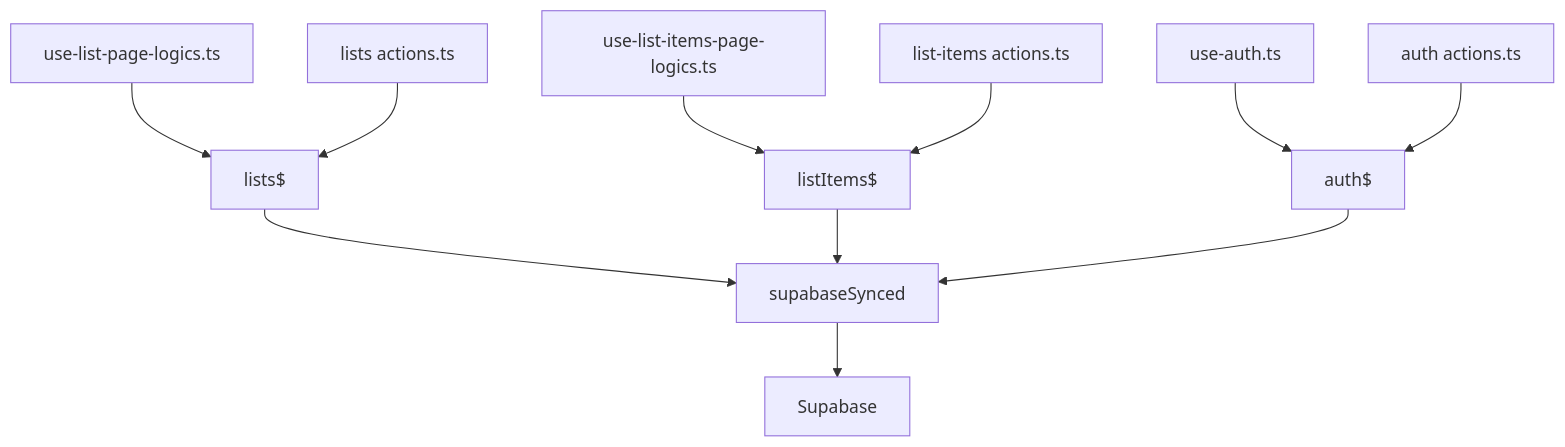
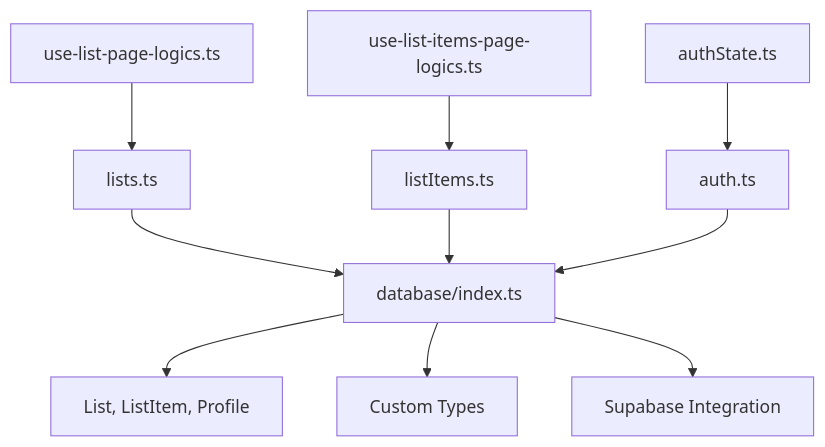
The fifth of 5 diagrams in .qoder/repowiki/en/content/Architecture Overview/State Management Architecture.md (karllasouzza/PowerLists), drawn with Mermaid before and after one commit. The commit also changed other lines of this file and 5 other files, not shown here.

First line of the commit message:
docs(database): add comprehensive WatermelonDB integration and migrate state management

````diff
--- a/.qoder/repowiki/en/content/Architecture Overview/State Management Architecture.md
+++ b/.qoder/repowiki/en/content/Architecture Overview/State Management Architecture.md
@@ -398,13 +308,12 @@
 ```mermaid
 graph TD
-UI_Lists["use-list-page-logics.ts"] --> ListsStore["lists$"]
-UI_Items["use-list-items-page-logics.ts"] --> ItemsStore["listItems$"]
-UI_Auth["use-auth.ts"] --> AuthStore["auth$"]
-ListsAct["lists actions.ts"] --> ListsStore
-ItemsAct["list-items actions.ts"] --> ItemsStore
-AuthAct["auth actions.ts"] --> AuthStore
-ListsStore --> DB["supabaseSynced"]
-ItemsStore --> DB
-AuthStore --> DB
-DB --> Supabase["Supabase"]
+UI_Lists["use-list-page-logics.ts"] --> Ops_Lists["lists.ts"]
+UI_Items["use-list-items-page-logics.ts"] --> Ops_Items["listItems.ts"]
+UI_Auth["authState.ts"] --> Ops_Auth["auth.ts"]
+Ops_Lists --> DB["database/index.ts"]
+Ops_Items --> DB
+Ops_Auth --> DB
+DB --> Models["List, ListItem, Profile"]
+DB --> Types["Custom Types"]
+DB --> Supabase["Supabase Integration"]
 ```
````
